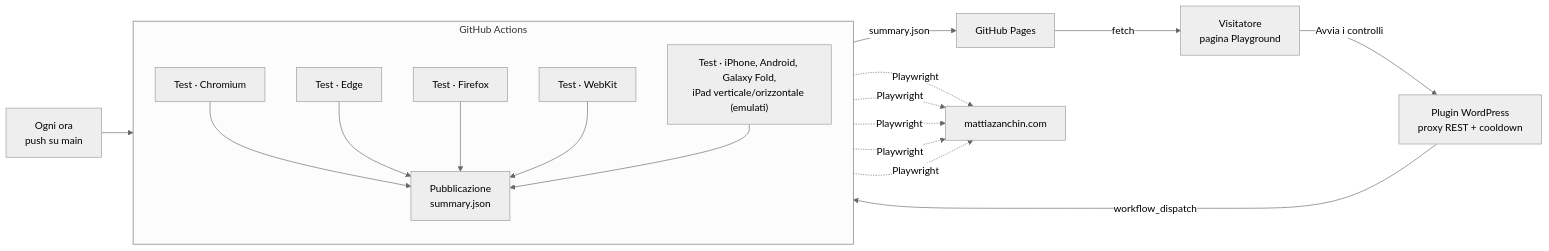
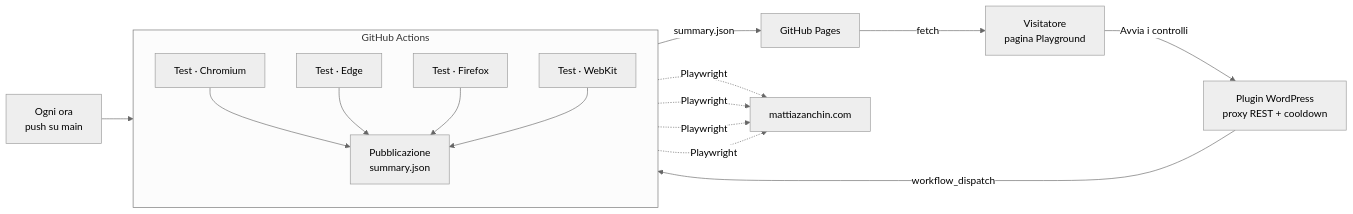
The diagram in README.it.md (MattiaZanchin94/website-quality-lab), drawn with Mermaid (neutral theme) before and after one commit. The commit also changed other lines of this file and 5 other files, not shown here.

````diff
--- a/README.it.md
+++ b/README.it.md
@@ -16,13 +16,13 @@
 ```mermaid
 flowchart LR
     V["Visitatore<br/>pagina Playground"] -- "Avvia i controlli" --> WP["Plugin WordPress<br/>proxy REST + cooldown"]
     WP -- "workflow_dispatch" --> GA
     S["Ogni ora<br/>push su main"] --> GA
     subgraph GA["GitHub Actions"]
         direction TB
-        T1["Test · Chromium"] & T4["Test · Edge"] & T2["Test · Firefox"] & T3["Test · WebKit"] & T5["Test · iPhone, Android, Galaxy Fold,<br/>iPad verticale/orizzontale (emulati)"] --> P["Pubblicazione<br/>summary.json"]
+        T1["Test · Chromium"] & T4["Test · Edge"] & T2["Test · Firefox"] & T3["Test · WebKit"] --> P["Pubblicazione<br/>summary.json"]
     end
     P -- "summary.json" --> GP["GitHub Pages"]
     GP -- "fetch" --> V
-    T1 & T4 & T2 & T3 & T5 -. "Playwright" .-> SITE["mattiazanchin.com"]
+    T1 & T4 & T2 & T3 -. "Playwright" .-> SITE["mattiazanchin.com"]
 ```
````
